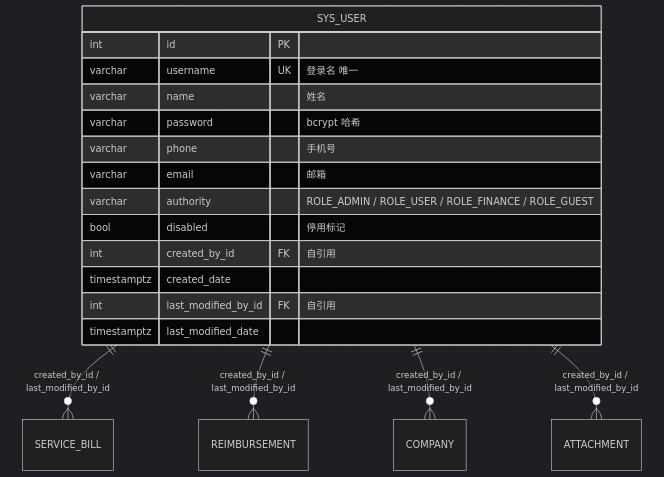
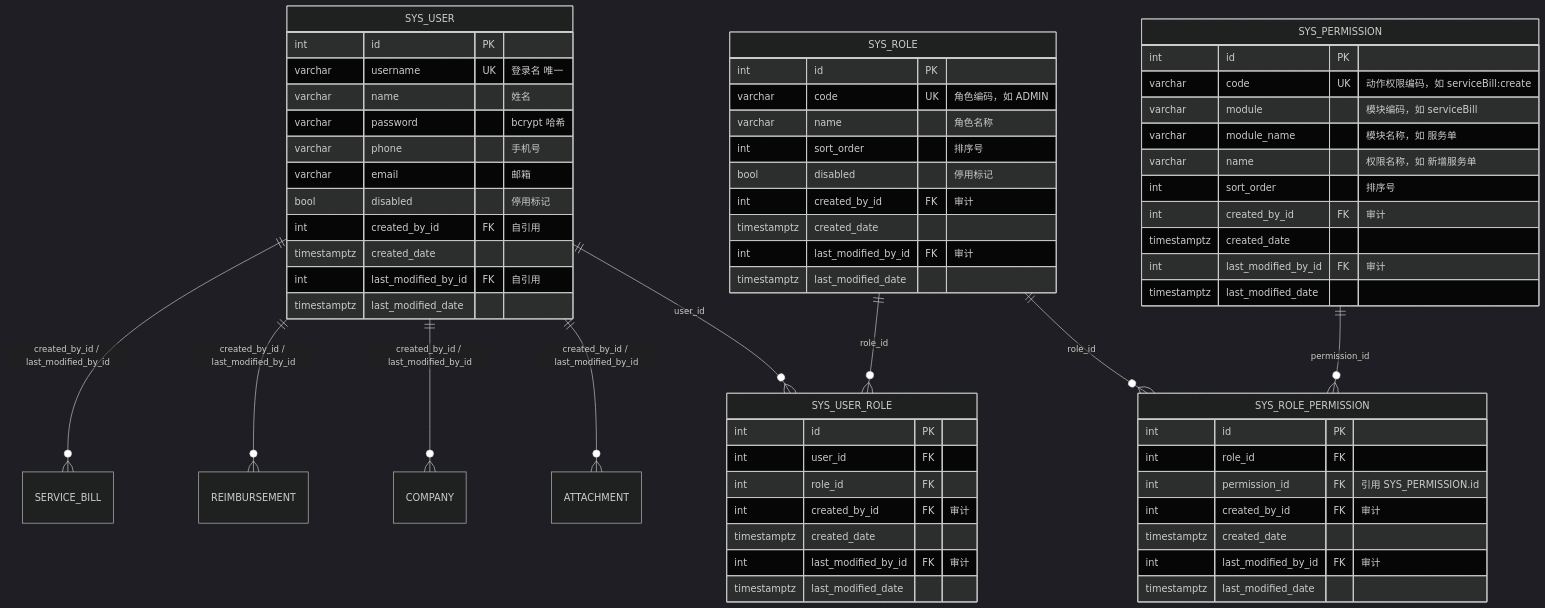
One commit to EastWind1/EACManager changed the second of 2 diagrams in docs/ER 图.md. Above: the diagram before and after it, drawn with Mermaid (dark theme). The commit also changed 147 other files, not shown here.

````diff
--- a/docs/ER 图.md
+++ b/docs/ER 图.md
@@ -114,22 +114,70 @@
 ```mermaid
 erDiagram
     SYS_USER ||--o{ SERVICE_BILL : "created_by_id / last_modified_by_id"
     SYS_USER ||--o{ REIMBURSEMENT : "created_by_id / last_modified_by_id"
     SYS_USER ||--o{ COMPANY : "created_by_id / last_modified_by_id"
     SYS_USER ||--o{ ATTACHMENT : "created_by_id / last_modified_by_id"
+    SYS_USER ||--o{ SYS_USER_ROLE : "user_id"
+    SYS_ROLE ||--o{ SYS_USER_ROLE : "role_id"
+    SYS_ROLE ||--o{ SYS_ROLE_PERMISSION : "role_id"
+    SYS_PERMISSION ||--o{ SYS_ROLE_PERMISSION : "permission_id"
 
     SYS_USER {
         int id PK
         varchar username UK "登录名 唯一"
         varchar name "姓名"
         varchar password "bcrypt 哈希"
         varchar phone "手机号"
         varchar email "邮箱"
-        varchar authority "ROLE_ADMIN / ROLE_USER / ROLE_FINANCE / ROLE_GUEST"
         bool disabled "停用标记"
         int created_by_id FK "自引用"
         timestamptz created_date
         int last_modified_by_id FK "自引用"
         timestamptz last_modified_date
     }
+
+    SYS_ROLE {
+        int id PK
+        varchar code UK "角色编码，如 ADMIN"
+        varchar name "角色名称"
+        int sort_order "排序号"
+        bool disabled "停用标记"
+        int created_by_id FK "审计"
+        timestamptz created_date
+        int last_modified_by_id FK "审计"
+        timestamptz last_modified_date
+    }
+
+    SYS_USER_ROLE {
+        int id PK
+        int user_id FK
+        int role_id FK
+        int created_by_id FK "审计"
+        timestamptz created_date
+        int last_modified_by_id FK "审计"
+        timestamptz last_modified_date
+    }
+
+    SYS_PERMISSION {
+        int id PK
+        varchar code UK "动作权限编码，如 serviceBill:create"
+        varchar module "模块编码，如 serviceBill"
+        varchar module_name "模块名称，如 服务单"
+        varchar name "权限名称，如 新增服务单"
+        int sort_order "排序号"
+        int created_by_id FK "审计"
+        timestamptz created_date
+        int last_modified_by_id FK "审计"
+        timestamptz last_modified_date
+    }
+
+    SYS_ROLE_PERMISSION {
+        int id PK
+        int role_id FK
+        int permission_id FK "引用 SYS_PERMISSION.id"
+        int created_by_id FK "审计"
+        timestamptz created_date
+        int last_modified_by_id FK "审计"
+        timestamptz last_modified_date
+    }
 ```
````
